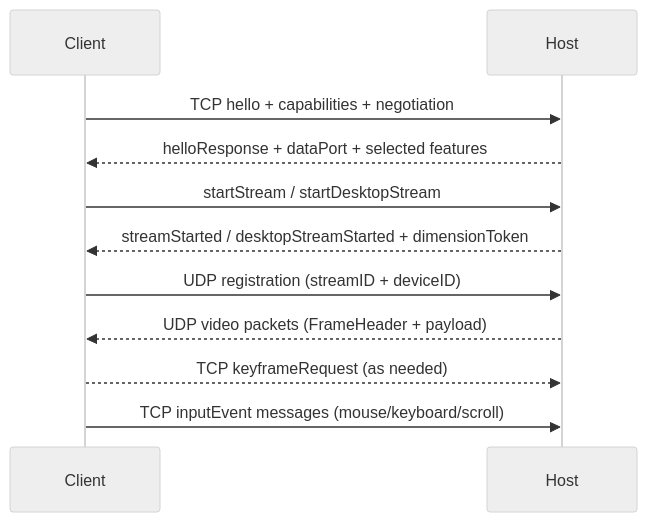
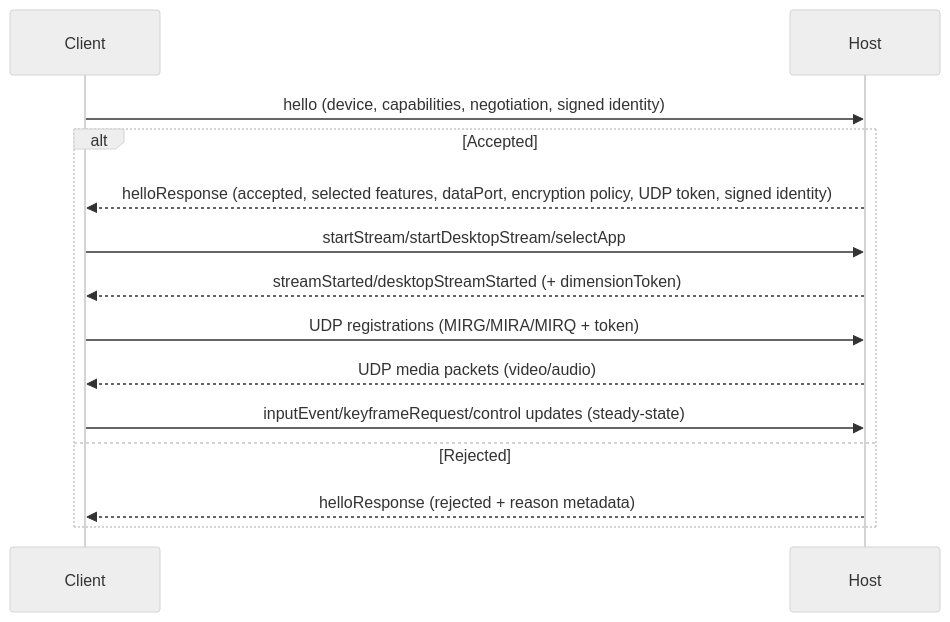
Before and after one commit to EthanLipnik/MirageKit: the second of 2 diagrams in Architecture.md, drawn with Mermaid (neutral theme). The commit also changed other lines of this file, not shown here.

First line of the commit message:
Restructure Architecture.md and expand modules

````diff
--- a/Architecture.md
+++ b/Architecture.md
@@ -55,13 +59,16 @@
 ```mermaid
 sequenceDiagram
     participant Client
     participant Host
-    Client->>Host: TCP hello + capabilities + negotiation
-    Host-->>Client: helloResponse + dataPort + selected features
-    Client->>Host: startStream / startDesktopStream
-    Host-->>Client: streamStarted / desktopStreamStarted + dimensionToken
-    Client->>Host: UDP registration (streamID + deviceID)
-    Host-->>Client: UDP video packets (FrameHeader + payload)
-    Client-->>Host: TCP keyframeRequest (as needed)
-    Client->>Host: TCP inputEvent messages (mouse/keyboard/scroll)
+    Client->>Host: hello (device, capabilities, negotiation, signed identity)
+    alt Accepted
+        Host-->>Client: helloResponse (accepted, selected features, dataPort, encryption policy, UDP token, signed identity)
+        Client->>Host: startStream/startDesktopStream/selectApp
+        Host-->>Client: streamStarted/desktopStreamStarted (+ dimensionToken)
+        Client->>Host: UDP registrations (MIRG/MIRA/MIRQ + token)
+        Host-->>Client: UDP media packets (video/audio)
+        Client->>Host: inputEvent/keyframeRequest/control updates (steady-state)
+    else Rejected
+        Host-->>Client: helloResponse (rejected + reason metadata)
+    end
 ```
````
